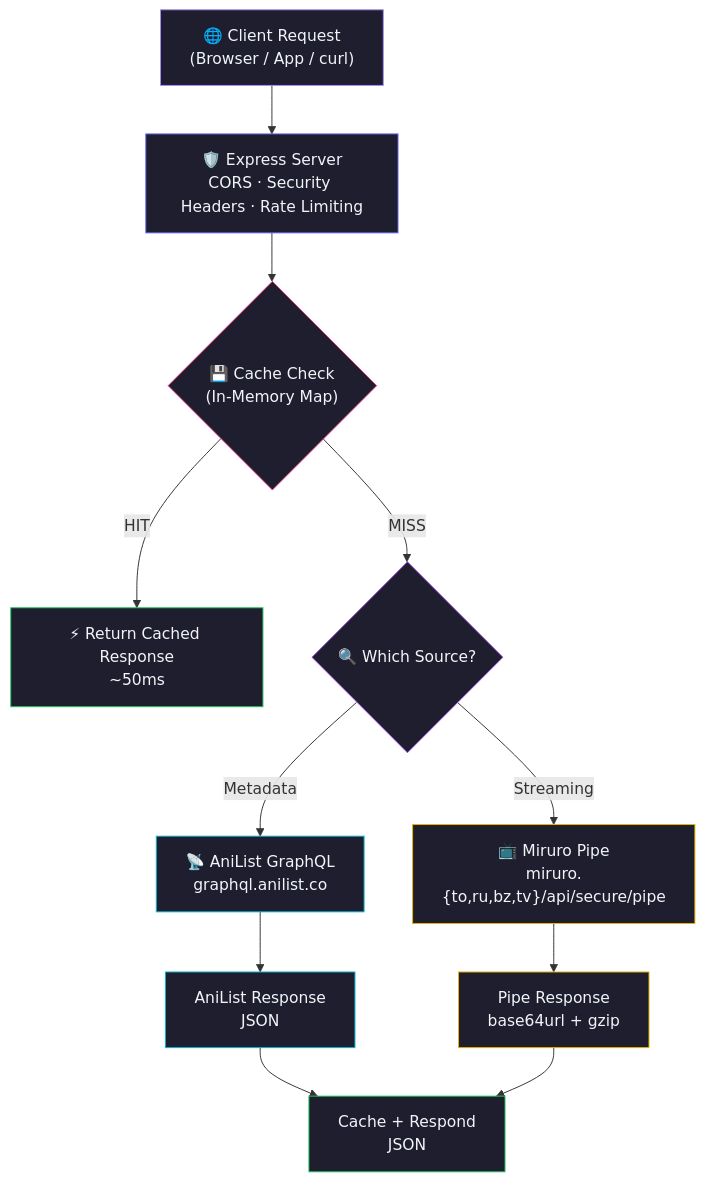
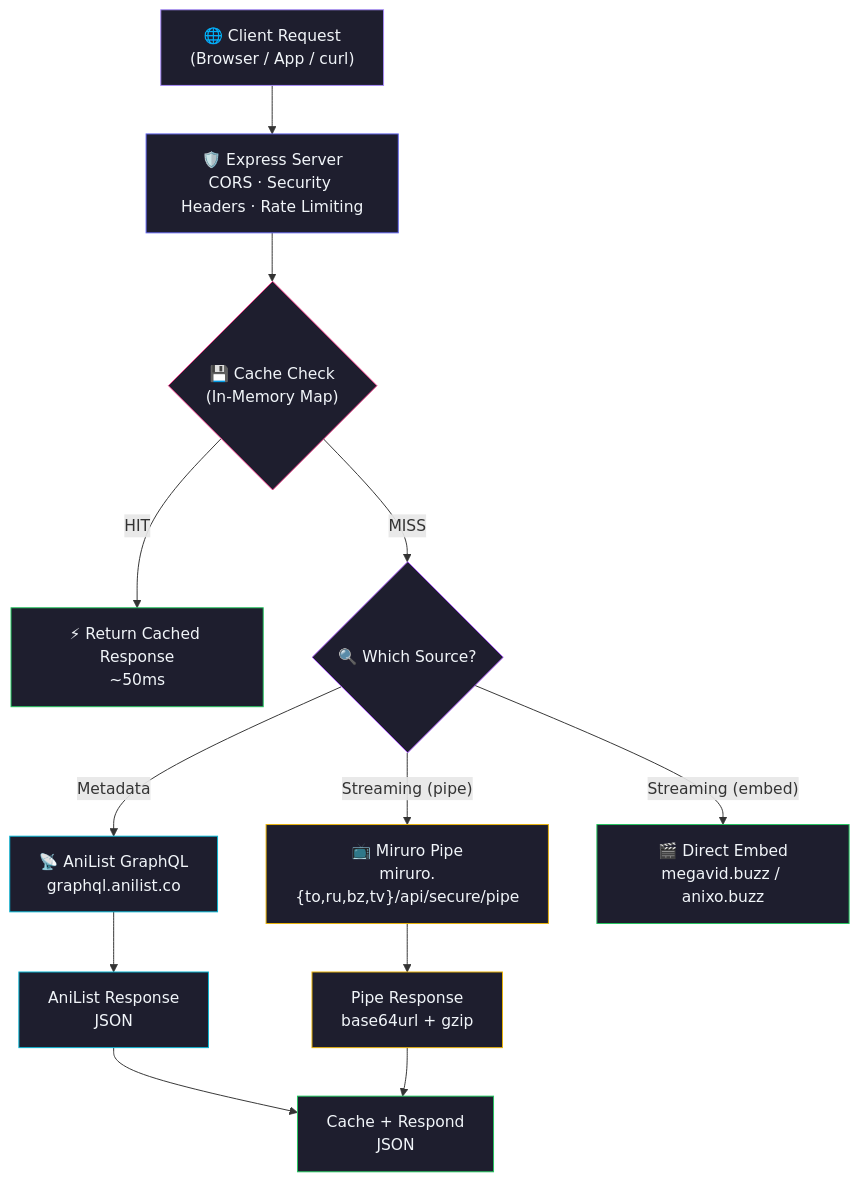
Before and after one commit to Shineii86/MiruroAPI: the first of 2 diagrams in README.md, drawn with Mermaid. The commit also changed other lines of this file and 3 other files, not shown here.

````diff
--- a/README.md
+++ b/README.md
@@ -141,27 +158,29 @@
 ```mermaid
 flowchart TD
     A["🌐 Client Request<br/>(Browser / App / curl)"] --> B["🛡️ Express Server<br/>CORS · Security Headers · Rate Limiting"]
     B --> C{"💾 Cache Check<br/>(In-Memory Map)"}
     C -- HIT --> D["⚡ Return Cached Response<br/>~50ms"]
     C -- MISS --> E{"🔍 Which Source?"}
 
     E -- Metadata --> F["📡 AniList GraphQL<br/>graphql.anilist.co"]
-    E -- Streaming --> G["📺 Miruro Pipe<br/>miruro.{to,ru,bz,tv}/api/secure/pipe"]
+    E -- Streaming (pipe) --> G["📺 Miruro Pipe<br/>miruro.{to,ru,bz,tv}/api/secure/pipe"]
+    E -- Streaming (embed) --> E2["🎬 Direct Embed<br/>megavid.buzz / anixo.buzz"]
 
     F --> H["AniList Response<br/>JSON"]
     G --> I["Pipe Response<br/>base64url + gzip"]
 
     H --> J["Cache + Respond<br/>JSON"]
     I --> J
 
     style A fill:#1e1e2e,stroke:#a78bfa,color:#f1f5f9
     style B fill:#1e1e2e,stroke:#6366f1,color:#f1f5f9
     style C fill:#1e1e2e,stroke:#f43f8e,color:#f1f5f9
     style D fill:#1e1e2e,stroke:#22c55e,color:#f1f5f9
     style E fill:#1e1e2e,stroke:#a855f7,color:#f1f5f9
     style F fill:#1e1e2e,stroke:#06b6d4,color:#f1f5f9
     style G fill:#1e1e2e,stroke:#eab308,color:#f1f5f9
+    style E2 fill:#1e1e2e,stroke:#22c55e,color:#f1f5f9
     style H fill:#1e1e2e,stroke:#06b6d4,color:#f1f5f9
     style I fill:#1e1e2e,stroke:#eab308,color:#f1f5f9
     style J fill:#1e1e2e,stroke:#22c55e,color:#f1f5f9
 ```
````
